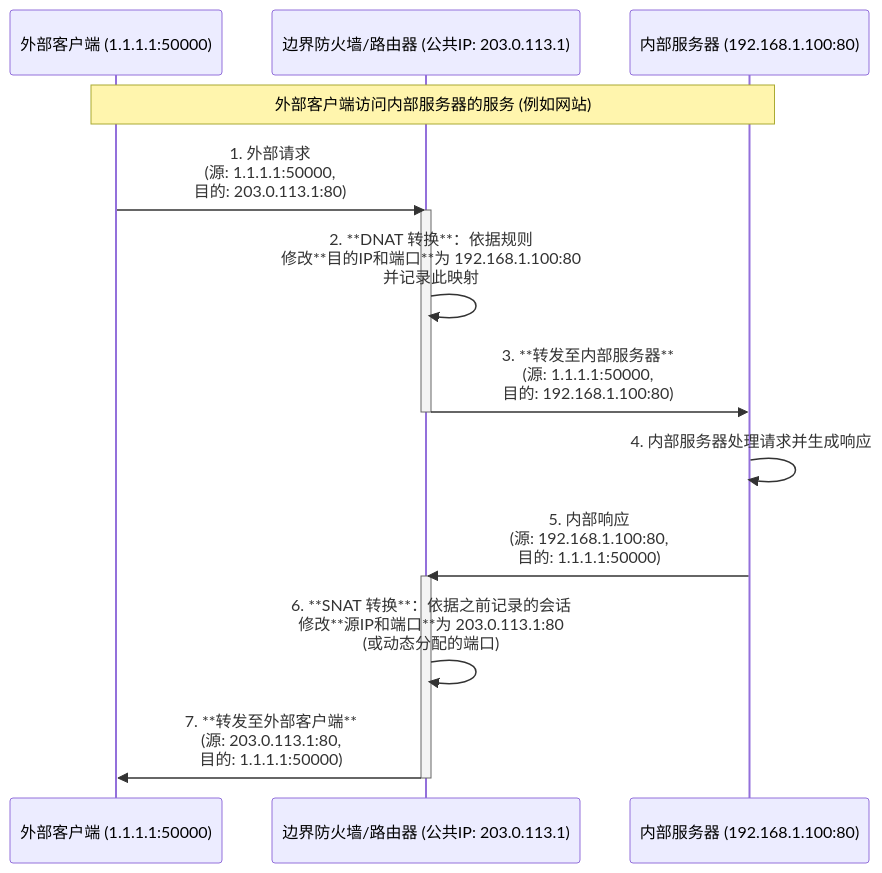
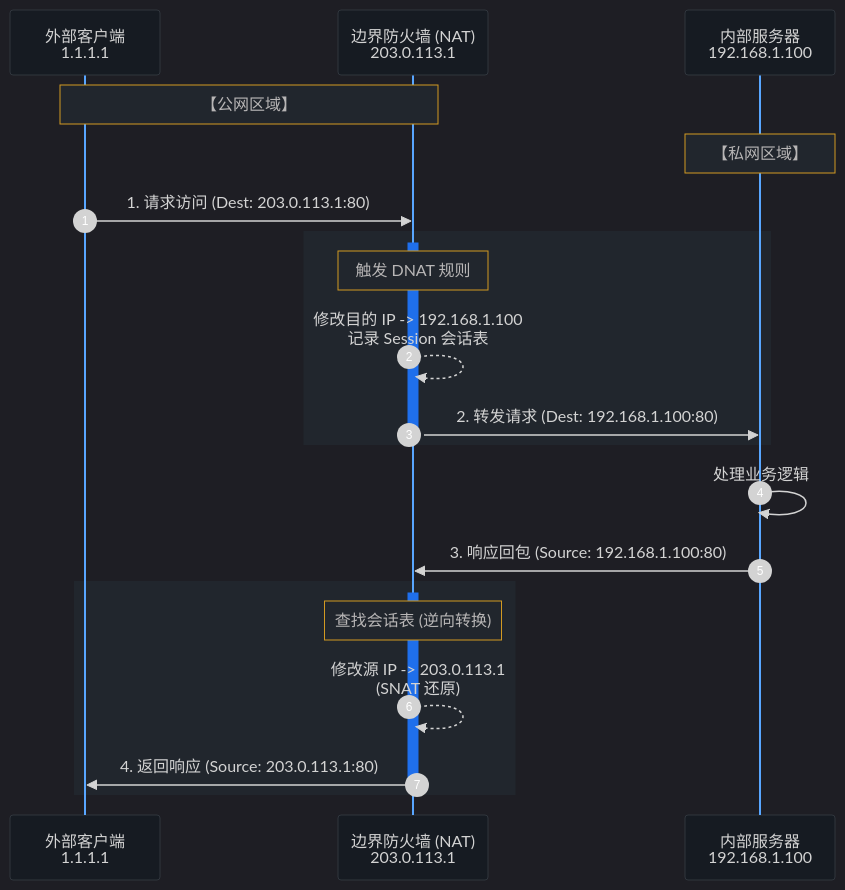
One commit to teatang/t-blog changed the third of 3 diagrams in source/_posts/2024/2024-10-23_SNAT 与 DNAT 详解.md. Above: the diagram before and after it, drawn with Mermaid. The commit also changed other lines of this file and 5 other files, not shown here.

```diff
--- a/source/_posts/2024/2024-10-23_SNAT 与 DNAT 详解.md
+++ b/source/_posts/2024/2024-10-23_SNAT 与 DNAT 详解.md
@@ -256,22 +288,34 @@
 {% mermaid %}
+%%{init: {'theme': 'dark', 'themeVariables': { 'sequenceNumberColor': '#fff', 'actorLineColor': '#58a6ff', 'actorBorder': '#30363d', 'actorBkg': '#161b22', 'labelBoxBorderColor': '#30363d', 'labelBoxBkgColor': '#0d1117', 'activationBorderColor': '#1f6feb', 'activationBkgColor': '#1f6feb', 'noteBkgColor': '#21262d', 'noteBorderColor': '#d29922' }}}%%
 sequenceDiagram
-    participant ExtClient as 外部客户端 (1.1.1.1:50000)
-    participant FirewallRouter as 边界防火墙/路由器 (公共IP: 203.0.113.1)
-    participant InternalServer as 内部服务器 (192.168.1.100:80)
+    autonumber
+    
+    participant Ext as 外部客户端<br/>1.1.1.1
+    participant GW as 边界防火墙 (NAT)<br/>203.0.113.1
+    participant Int as 内部服务器<br/>192.168.1.100
 
-    note over ExtClient, InternalServer: 外部客户端访问内部服务器的服务 (例如网站)
+    Note over Ext, GW: 【公网区域】
+    Note over Int: 【私网区域】
 
-    ExtClient->>FirewallRouter: 1. 外部请求<br> (源: 1.1.1.1:50000,<br>目的: 203.0.113.1:80)
-    activate FirewallRouter
-    FirewallRouter->>FirewallRouter: 2. **DNAT 转换**：依据规则<br>修改**目的IP和端口**为 192.168.1.100:80<br>并记录此映射
-    FirewallRouter->>InternalServer: 3. **转发至内部服务器**<br> (源: 1.1.1.1:50000,<br>目的: 192.168.1.100:80)
-    deactivate FirewallRouter
+    Ext->>GW: 1. 请求访问 (Dest: 203.0.113.1:80)
+    
+    rect rgb(33, 38, 45)
+        activate GW
+        Note over GW: 触发 DNAT 规则
+        GW-->>GW: 修改目的 IP -> 192.168.1.100<br/>记录 Session 会话表
+        GW->>Int: 2. 转发请求 (Dest: 192.168.1.100:80)
+        deactivate GW
+    end
 
-    InternalServer->>InternalServer: 4. 内部服务器处理请求并生成响应
+    Int->>Int: 处理业务逻辑
 
-    InternalServer->>FirewallRouter: 5. 内部响应<br> (源: 192.168.1.100:80,<br>目的: 1.1.1.1:50000)
-    activate FirewallRouter
-    FirewallRouter->>FirewallRouter: 6. **SNAT 转换**：依据之前记录的会话<br>修改**源IP和端口**为 203.0.113.1:80<br>(或动态分配的端口)
-    FirewallRouter->>ExtClient: 7. **转发至外部客户端**<br> (源: 203.0.113.1:80,<br>目的: 1.1.1.1:50000)
-    deactivate FirewallRouter
+    Int->>GW: 3. 响应回包 (Source: 192.168.1.100:80)
+
+    rect rgb(33, 38, 45)
+        activate GW
+        Note over GW: 查找会话表 (逆向转换)
+        GW-->>GW: 修改源 IP -> 203.0.113.1<br/>(SNAT 还原)
+        GW->>Ext: 4. 返回响应 (Source: 203.0.113.1:80)
+        deactivate GW
+    end
 {% endmermaid %}
```
